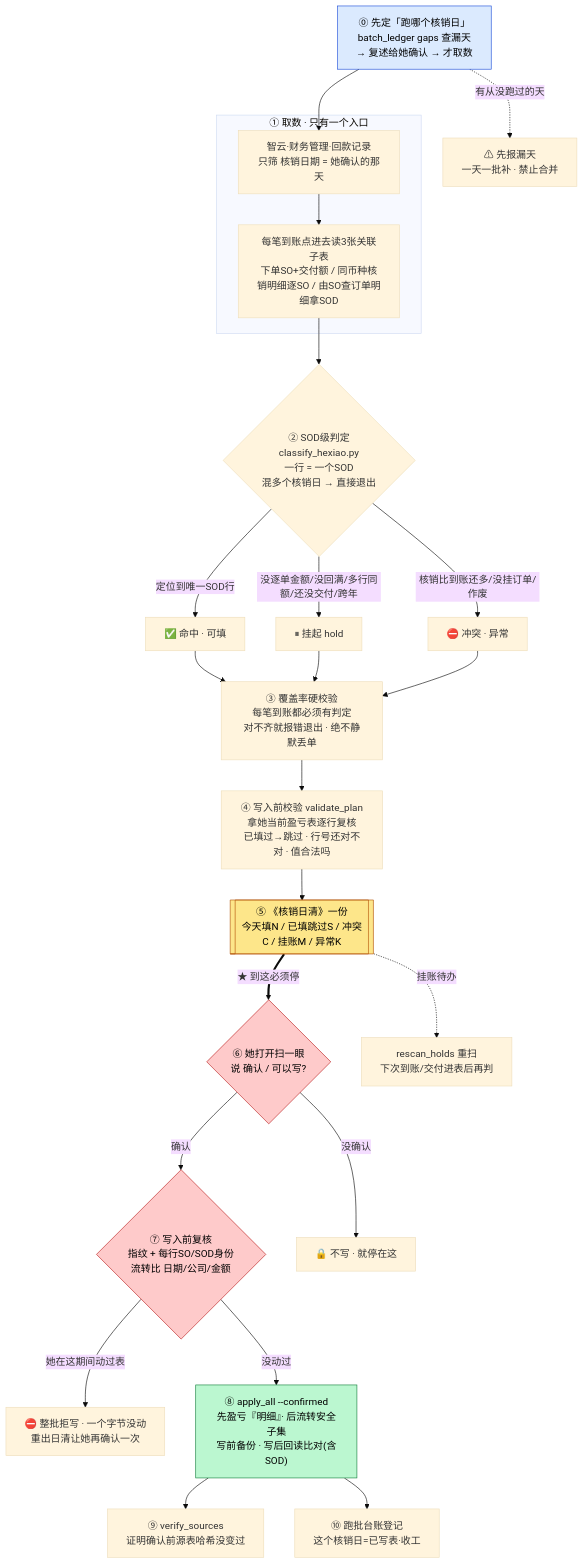
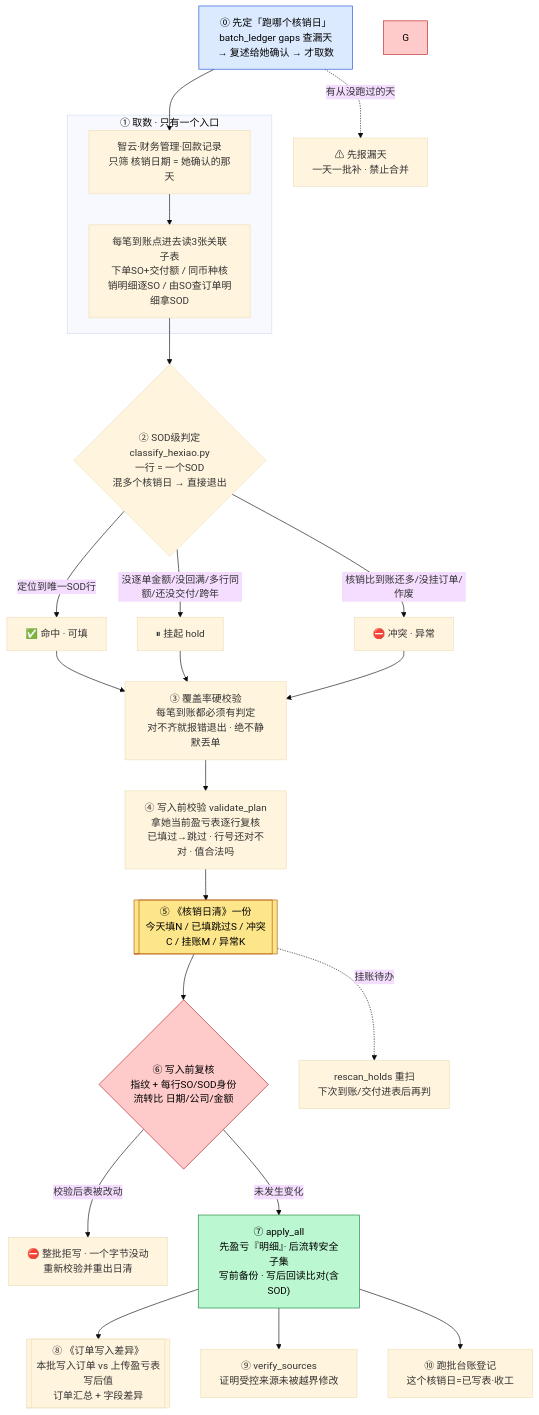
Before and after one commit to ErenYeager2002/financial_pj: the first of 2 diagrams in skills/ar-hexiao-daily/README.md, drawn with Mermaid (base theme). The commit also changed other lines of this file and 90 other files, not shown here.

````diff
--- a/skills/ar-hexiao-daily/README.md
+++ b/skills/ar-hexiao-daily/README.md
@@ -52,31 +56,30 @@
 ```mermaid
 flowchart TD
     D0["⓪ 先定「跑哪个核销日」<br/>batch_ledger gaps 查漏天<br/>→ 复述给她确认 → 才取数"] --> A
     D0 -.->|"有从没跑过的天"| GAP["⚠ 先报漏天<br/>一天一批补 · 禁止合并"]
     subgraph 取数["① 取数 · 只有一个入口"]
         A["智云·财务管理·回款记录<br/>只筛 核销日期 = 她确认的那天"] --> B["每笔到账点进去读3张关联子表<br/>下单SO+交付额 / 同币种核销明细逐SO / 由SO查订单明细拿SOD"]
     end
     B --> C{"② SOD级判定<br/>classify_hexiao.py<br/>一行 = 一个SOD<br/>混多个核销日 → 直接退出"}
     C -->|"定位到唯一SOD行"| HIT["✅ 命中 · 可填"]
     C -->|"没逐单金额/没回满/多行同额/还没交付/跨年"| HOLD["⏸ 挂起 hold"]
     C -->|"核销比到账还多/没挂订单/作废"| EXC["⛔ 冲突 · 异常"]
     HIT --> COV
     HOLD --> COV
     EXC --> COV
     COV["③ 覆盖率硬校验<br/>每笔到账都必须有判定<br/>对不齐就报错退出 · 绝不静默丢单"] --> V["④ 写入前校验 validate_plan<br/>拿她当前盈亏表逐行复核<br/>已填过→跳过 · 行号还对不对 · 值合法吗"]
     V --> W[["⑤ 《核销日清》一份<br/>今天填N / 已填跳过S / 冲突C / 挂账M / 异常K"]]
-    W ==>|"★ 到这必须停"| G{"⑥ 她打开扫一眼<br/>说 确认 / 可以写?"}
-    G -->|"确认"| PRE{"⑦ 写入前复核<br/>指纹 + 每行SO/SOD身份<br/>流转比 日期/公司/金额"}
-    G -->|"没确认"| STOP["🔒 不写 · 就停在这"]
-    PRE -->|"她在这期间动过表"| REDO["⛔ 整批拒写 · 一个字节没动<br/>重出日清让她再确认一次"]
-    PRE -->|"没动过"| AP["⑧ apply_all --confirmed<br/>先盈亏『明细』· 后流转安全子集<br/>写前备份 · 写后回读比对(含SOD)"]
-    AP --> VS["⑨ verify_sources<br/>证明确认前源表哈希没变过"]
+    W --> PRE{"⑥ 写入前复核<br/>指纹 + 每行SO/SOD身份<br/>流转比 日期/公司/金额"}
+    PRE -->|"校验后表被改动"| REDO["⛔ 整批拒写 · 一个字节没动<br/>重新校验并重出日清"]
+    PRE -->|"未发生变化"| AP["⑦ apply_all<br/>先盈亏『明细』· 后流转安全子集<br/>写前备份 · 写后回读比对(含SOD)"]
+    AP --> DIFF[["⑧ 《订单写入差异》<br/>本批写入订单 vs 上传盈亏表写后值<br/>订单汇总 + 字段差异"]]
+    AP --> VS["⑨ verify_sources<br/>证明受控来源未被越界修改"]
     AP --> BL["⑩ 跑批台账登记<br/>这个核销日=已写表·收工"]
     W -.->|"挂账待办"| R["rescan_holds 重扫<br/>下次到账/交付进表后再判"]
 
     style D0 fill:#dbeafe,stroke:#1d4ed8,color:#000
     style W fill:#fde68a,stroke:#b45309,color:#000
     style G fill:#fecaca,stroke:#b91c1c,color:#000
     style PRE fill:#fecaca,stroke:#b91c1c,color:#000
     style AP fill:#bbf7d0,stroke:#15803d,color:#000
 ```
````
